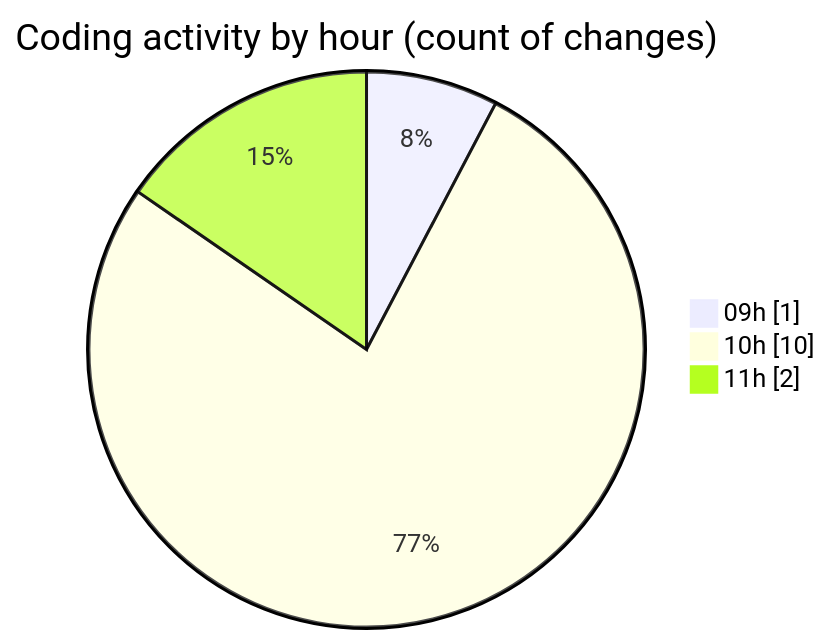
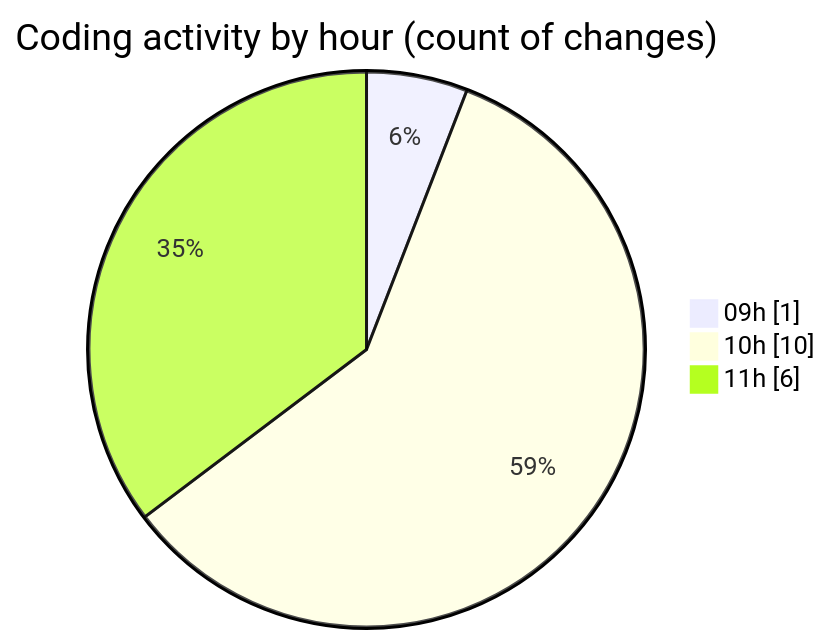
Before and after one commit to momahboobian/code-tracking: the second of 2 diagrams in 2026-03-20/designexo-child/README.md, drawn with Mermaid. The commit also changed other lines of this file and 1 other file, not shown here.

````diff
--- a/2026-03-20/designexo-child/README.md
+++ b/2026-03-20/designexo-child/README.md
@@ -32,7 +34,7 @@
 ```mermaid
 pie showData
 title Coding activity by hour (count of changes)
 "09h" : 1
 "10h" : 10
-"11h" : 2
+"11h" : 6
 ```
````
